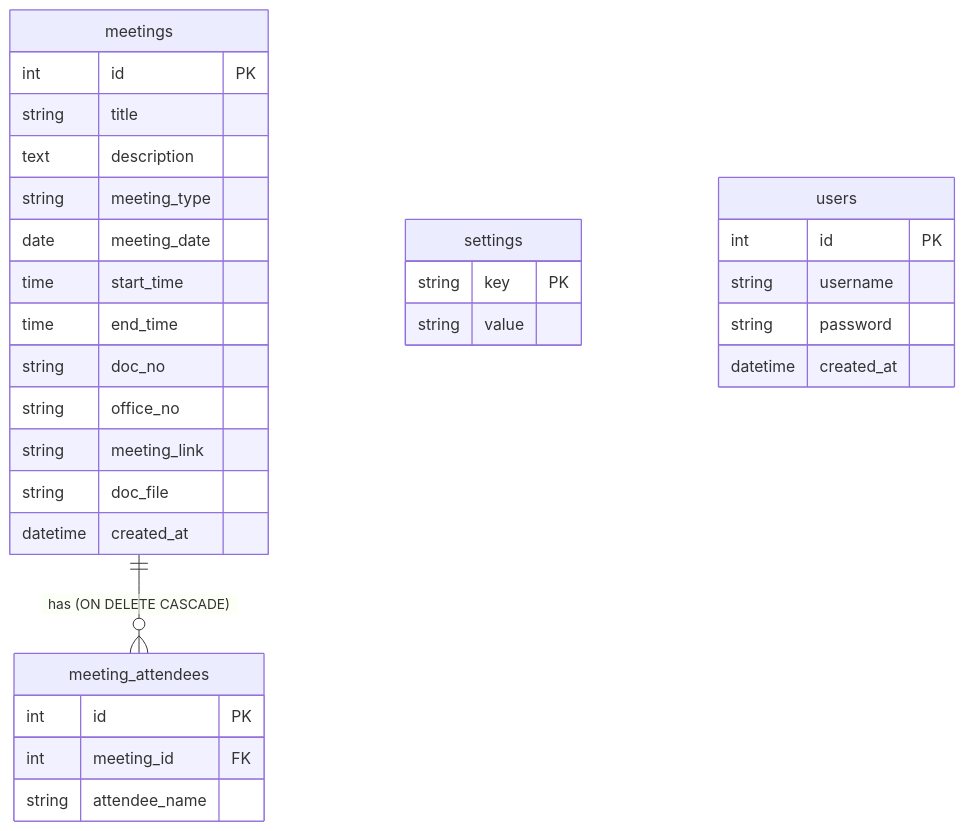
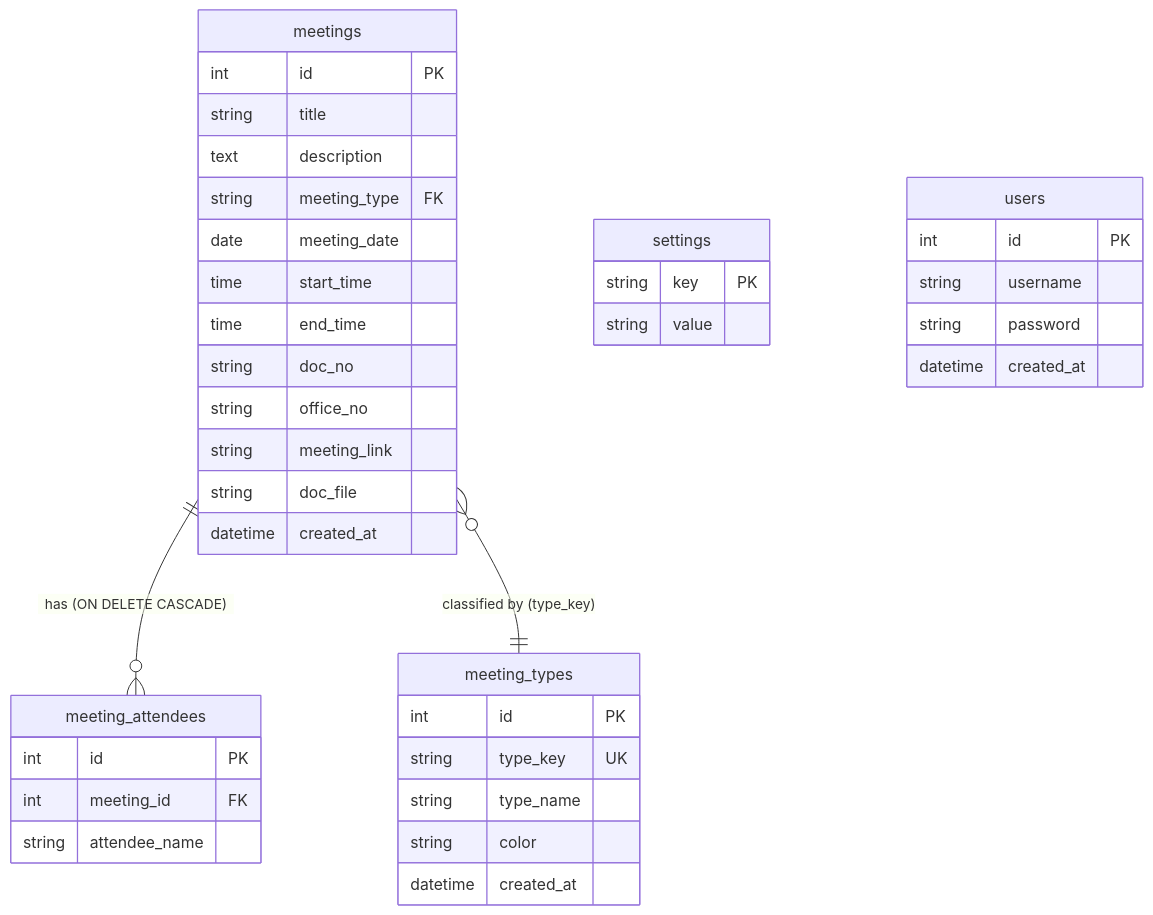
Before and after one commit to phumiphut-ta/MeetFlow: the diagram in docs/DEVELOPER.md, drawn with Mermaid. The commit also changed other lines of this file, not shown here.

Commit message:
docs: Update DEVELOPER.md to document dynamic meeting types CRUD feature and entity relationships

````diff
--- a/docs/DEVELOPER.md
+++ b/docs/DEVELOPER.md
@@ -50,34 +51,42 @@
 ```mermaid
 erDiagram
     meetings {
         int id PK
         string title
         text description
-        string meeting_type
+        string meeting_type FK
         date meeting_date
         time start_time
         time end_time
         string doc_no
         string office_no
         string meeting_link
         string doc_file
+        datetime created_at
+    }
+    meeting_types {
+        int id PK
+        string type_key UK
+        string type_name
+        string color
         datetime created_at
     }
     meeting_attendees {
         int id PK
         int meeting_id FK
         string attendee_name
     }
     settings {
         string key PK
         string value
     }
     users {
         int id PK
         string username
         string password
         datetime created_at
     }
 
     meetings ||--o{ meeting_attendees : "has (ON DELETE CASCADE)"
+    meetings }o--|| meeting_types : "classified by (type_key)"
 ```
````
